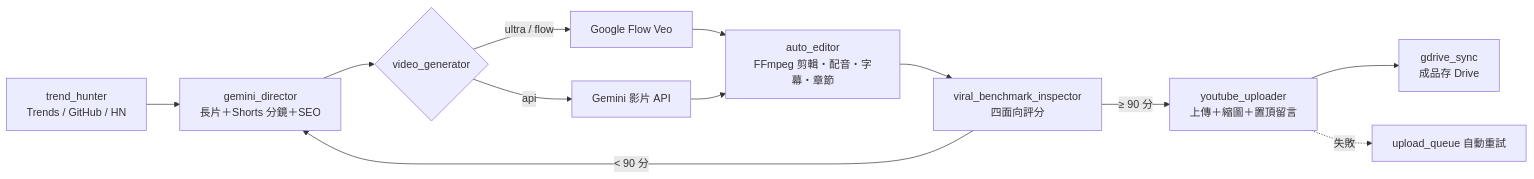
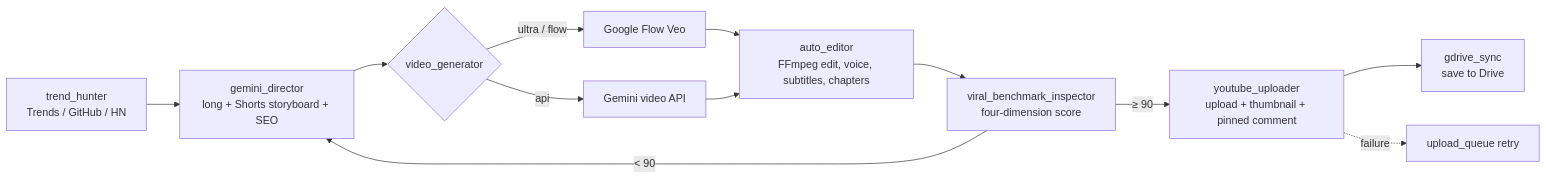
The diagram in README.md (tonykfr1234/yt-auto-empire), drawn with Mermaid before and after one commit. The commit also changed other lines of this file and 5 other files, not shown here.

````diff
--- a/README.md
+++ b/README.md
@@ -59,14 +63,14 @@
 ```mermaid
 flowchart LR
-    A[trend_hunter<br/>Trends / GitHub / HN] --> B[gemini_director<br/>長片＋Shorts 分鏡＋SEO]
+    A[trend_hunter<br/>Trends / GitHub / HN] --> B[gemini_director<br/>long + Shorts storyboard + SEO]
     B --> C{video_generator}
     C -->|ultra / flow| D[Google Flow Veo]
-    C -->|api| E[Gemini 影片 API]
-    D --> F[auto_editor<br/>FFmpeg 剪輯・配音・字幕・章節]
+    C -->|api| E[Gemini video API]
+    D --> F[auto_editor<br/>FFmpeg edit, voice, subtitles, chapters]
     E --> F
-    F --> G[viral_benchmark_inspector<br/>四面向評分]
-    G -->|≥ 90 分| H[youtube_uploader<br/>上傳＋縮圖＋置頂留言]
-    G -->|< 90 分| B
-    H --> I[gdrive_sync<br/>成品存 Drive]
-    H -.失敗.-> J[upload_queue 自動重試]
+    F --> G[viral_benchmark_inspector<br/>four-dimension score]
+    G -->|≥ 90| H[youtube_uploader<br/>upload + thumbnail + pinned comment]
+    G -->|< 90| B
+    H --> I[gdrive_sync<br/>save to Drive]
+    H -.failure.-> J[upload_queue retry]
 ```
````
